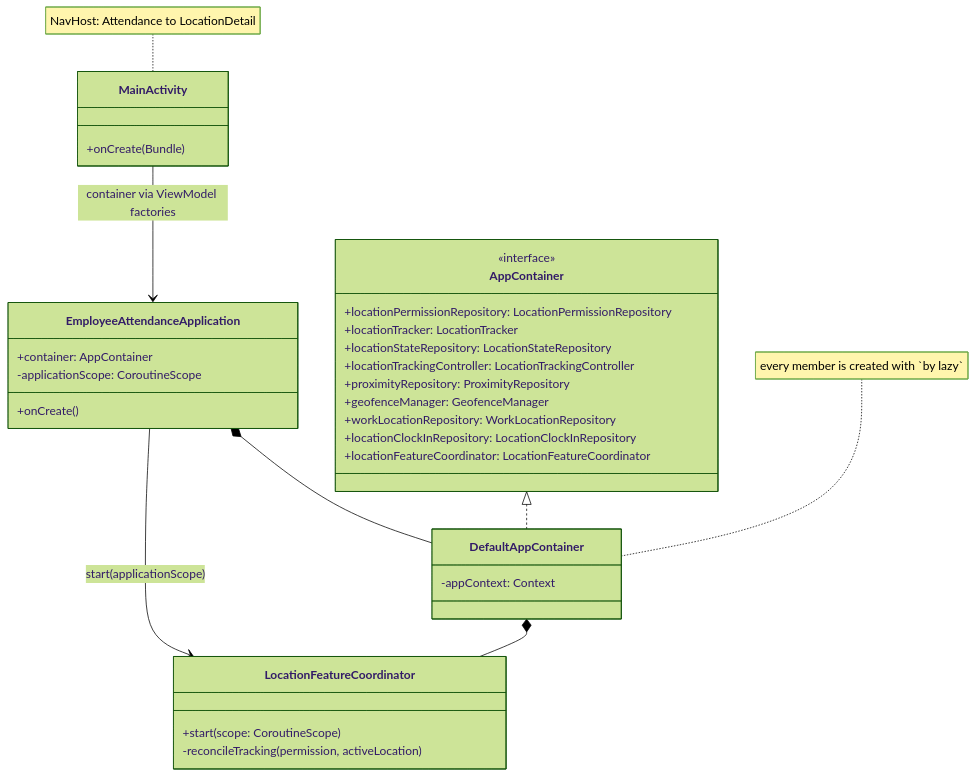
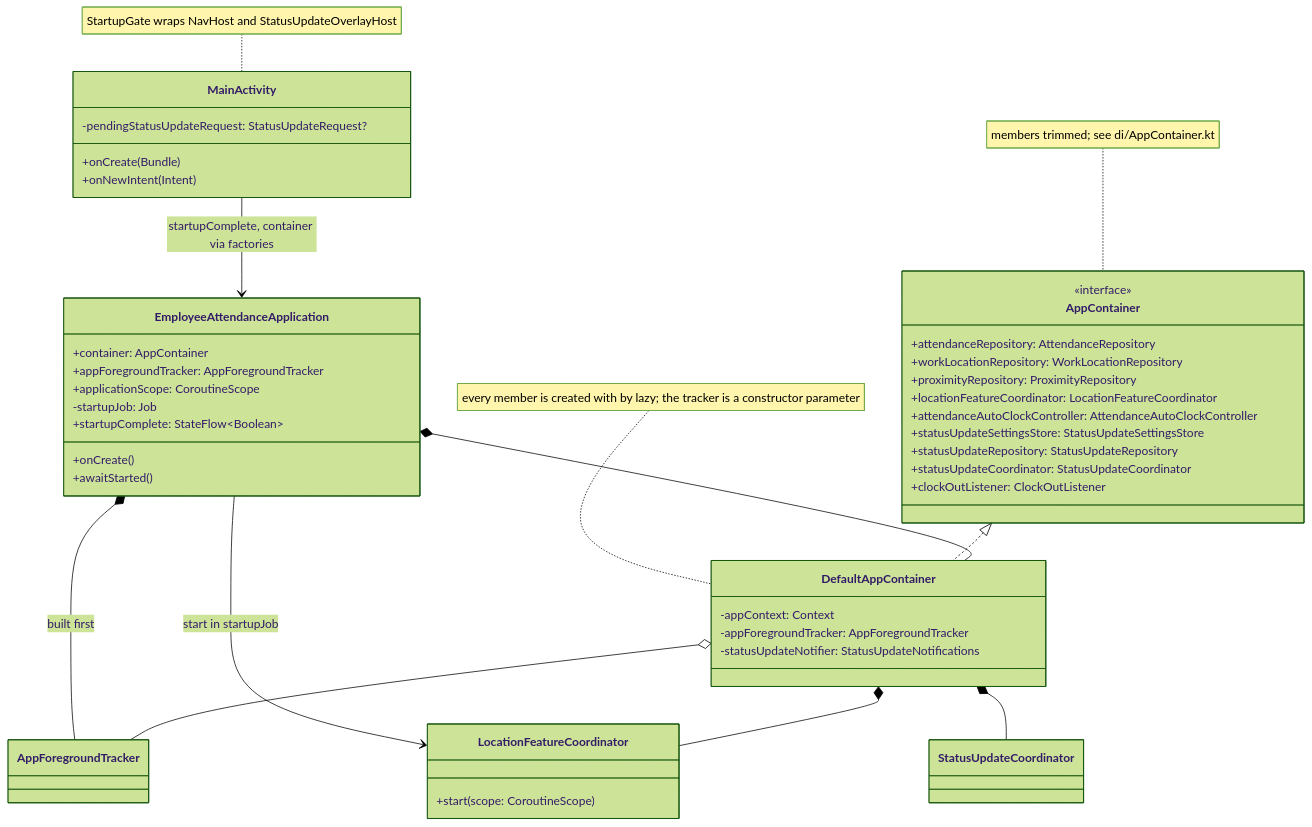
One commit to jaustinjr-code/employee-attendance-android changed the first of 8 diagrams in docs/architecture/class-diagrams.md. Above: the diagram before and after it, drawn with Mermaid (forest theme). The commit also changed other lines of this file and 53 other files, not shown here.

First line of the commit message:
Add Status Update prompt after every clock-out

````diff
--- a/docs/architecture/class-diagrams.md
+++ b/docs/architecture/class-diagrams.md
@@ -13,44 +13,53 @@
 ```mermaid
 classDiagram
     class EmployeeAttendanceApplication {
         +container: AppContainer
-        -applicationScope: CoroutineScope
+        +appForegroundTracker: AppForegroundTracker
+        +applicationScope: CoroutineScope
+        -startupJob: Job
+        +startupComplete: StateFlow~Boolean~
         +onCreate()
+        +awaitStarted()
     }
 
     class AppContainer {
         <<interface>>
-        +locationPermissionRepository: LocationPermissionRepository
-        +locationTracker: LocationTracker
-        +locationStateRepository: LocationStateRepository
-        +locationTrackingController: LocationTrackingController
+        +attendanceRepository: AttendanceRepository
+        +workLocationRepository: WorkLocationRepository
         +proximityRepository: ProximityRepository
-        +geofenceManager: GeofenceManager
-        +workLocationRepository: WorkLocationRepository
-        +locationClockInRepository: LocationClockInRepository
         +locationFeatureCoordinator: LocationFeatureCoordinator
+        +attendanceAutoClockController: AttendanceAutoClockController
+        +statusUpdateSettingsStore: StatusUpdateSettingsStore
+        +statusUpdateRepository: StatusUpdateRepository
+        +statusUpdateCoordinator: StatusUpdateCoordinator
+        +clockOutListener: ClockOutListener
     }
+    note for AppContainer "members trimmed; see di/AppContainer.kt"
 
     class DefaultAppContainer {
         -appContext: Context
+        -appForegroundTracker: AppForegroundTracker
+        -statusUpdateNotifier: StatusUpdateNotifications
     }
-    note for DefaultAppContainer "every member is created with `by lazy`"
-
+    note for DefaultAppContainer "every member is created with by lazy; the tracker is a constructor parameter"
 
     class MainActivity {
+        -pendingStatusUpdateRequest: StatusUpdateRequest?
         +onCreate(Bundle)
+        +onNewIntent(Intent)
     }
-    note for MainActivity "NavHost: Attendance to LocationDetail"
-
+    note for MainActivity "StartupGate wraps NavHost and StatusUpdateOverlayHost"
 
     class LocationFeatureCoordinator {
         +start(scope: CoroutineScope)
-        -reconcileTracking(permission, activeLocation)
     }
 
     AppContainer <|.. DefaultAppContainer
     EmployeeAttendanceApplication *-- DefaultAppContainer
-    EmployeeAttendanceApplication --> LocationFeatureCoordinator : start(applicationScope)
+    EmployeeAttendanceApplication *-- AppForegroundTracker : built first
+    DefaultAppContainer o-- AppForegroundTracker
+    EmployeeAttendanceApplication --> LocationFeatureCoordinator : start in startupJob
     DefaultAppContainer *-- LocationFeatureCoordinator
-    MainActivity --> EmployeeAttendanceApplication : container via ViewModel factories
+    DefaultAppContainer *-- StatusUpdateCoordinator
+    MainActivity --> EmployeeAttendanceApplication : startupComplete, container via factories
 ```
````
